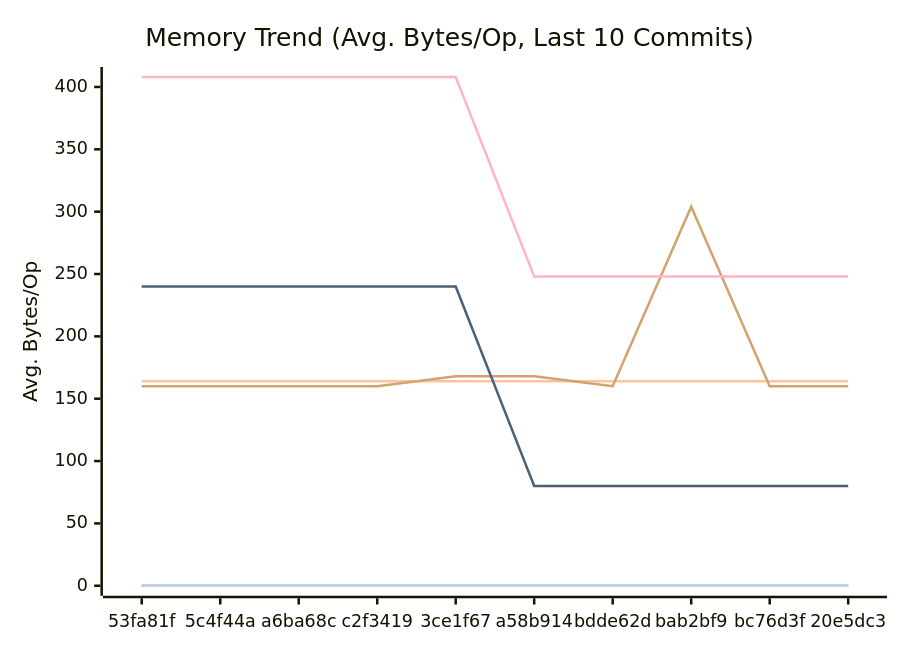
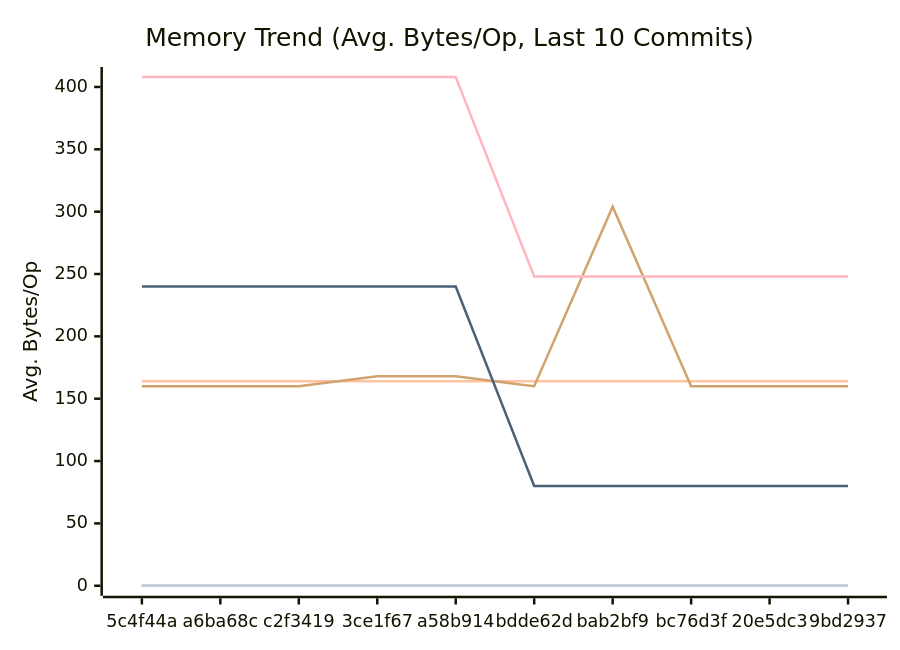
The second of 3 diagrams in docs/PERFORMANCE.md (alsotoes/momo), drawn with Mermaid before and after one commit. The commit also changed other lines of this file and 76 other files, not shown here.

````diff
--- a/docs/PERFORMANCE.md
+++ b/docs/PERFORMANCE.md
@@ -97,16 +97,16 @@
 ```mermaid
 xychart-beta
     title "Memory Trend (Avg. Bytes/Op, Last 10 Commits)"
     x-axis "Commit"
     y-axis "Avg. Bytes/Op"
-    x-axis [53fa81f,5c4f44a,a6ba68c,c2f3419,3ce1f67,a58b914,bdde62d,bab2bf9,bc76d3f,20e5dc3]
+    x-axis [5c4f44a,a6ba68c,c2f3419,3ce1f67,a58b914,bdde62d,bab2bf9,bc76d3f,20e5dc3,9bd2937]
     line "CheckMetricsAndSwap" [0,0,0,0,0,0,0,0,0,0]
     line "CrushOptimized" [0,0,0,0,0,0,0,0,0,0]
     line "CrushOriginal" [164,164,164,164,164,164,164,164,164,164]
     line "IndexDirectTracking" [0,0,0,0,0,0,0,0,0,0]
     line "IndexSearch" [0,0,0,0,0,0,0,0,0,0]
-    line "LoadGlobalConfig" [160,160,160,160,168,168,160,304,160,160]
+    line "LoadGlobalConfig" [160,160,160,168,168,160,304,160,160,160]
     line "PadString" [0,0,0,0,0,0,0,0,0,0]
     line "ParseReplicationOrder_NoPrealloc" [408,408,408,408,408,248,248,248,248,248]
     line "ParseReplicationOrder_Prealloc" [240,240,240,240,240,80,80,80,80,80]
 ```
````
